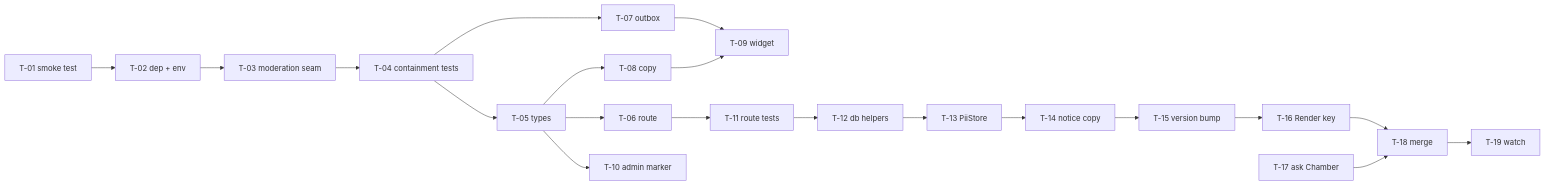
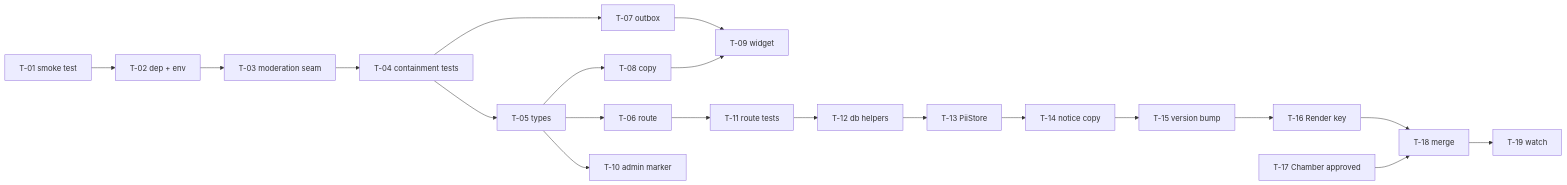
One commit to matthager12-collab/ExploreKingstonChamberApp changed the diagram in docs/FEEDBACK-GUARDRAIL/plan.md. Above: the diagram before and after it, drawn with Mermaid. The commit also changed other lines of this file and 3 other files, not shown here.

First line of the commit message:
docs: Chamber approved the notice-version bump (DEC-007) (#208)

````diff
--- a/docs/FEEDBACK-GUARDRAIL/plan.md
+++ b/docs/FEEDBACK-GUARDRAIL/plan.md
@@ -118,22 +118,22 @@
 ```mermaid
 graph LR
   T01[T-01 smoke test] --> T02[T-02 dep + env]
   T02 --> T03[T-03 moderation seam]
   T03 --> T04[T-04 containment tests]
   T04 --> T05[T-05 types]
   T05 --> T06[T-06 route]
   T04 --> T07[T-07 outbox]
   T05 --> T08[T-08 copy]
   T07 --> T09[T-09 widget]
   T08 --> T09
   T05 --> T10[T-10 admin marker]
   T06 --> T11[T-11 route tests]
   T11 --> T12[T-12 db helpers]
   T12 --> T13[T-13 PiiStore]
   T13 --> T14[T-14 notice copy]
   T14 --> T15[T-15 version bump]
   T15 --> T16[T-16 Render key]
   T16 --> T18[T-18 merge]
-  T17[T-17 ask Chamber] --> T18
+  T17[T-17 Chamber approved] --> T18
   T18 --> T19[T-19 watch]
 ```
````
